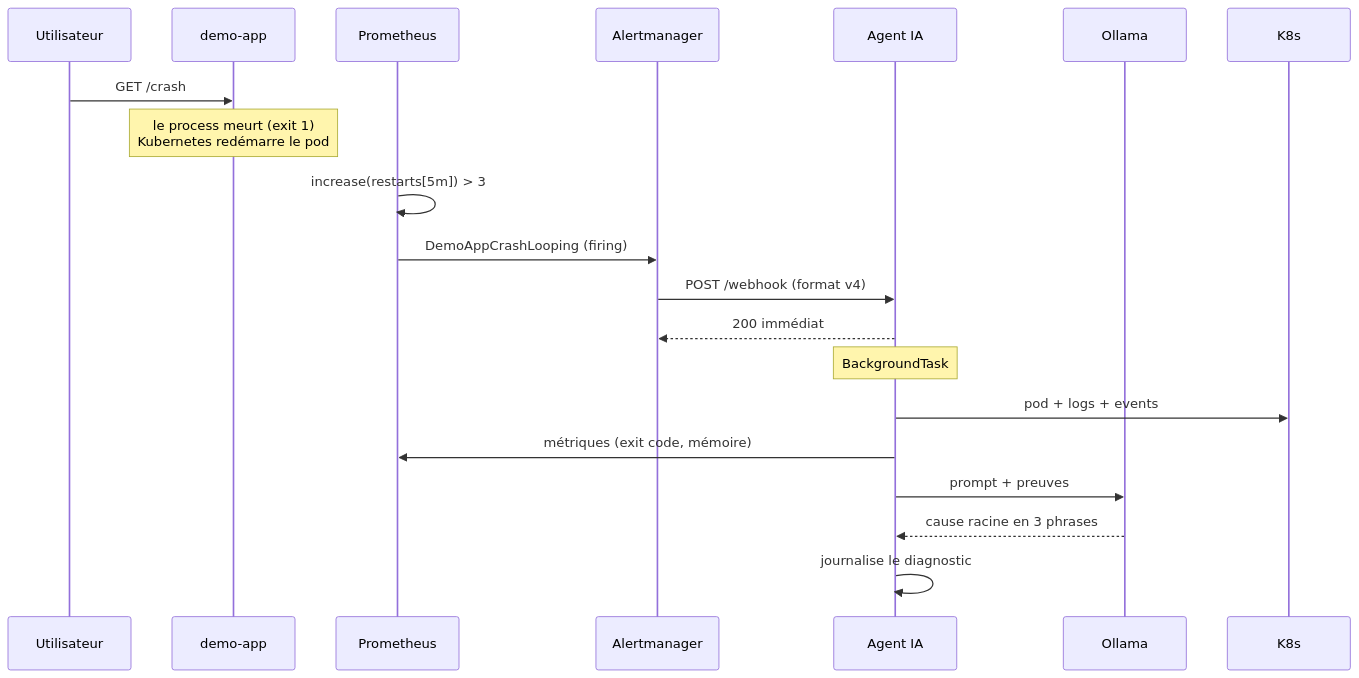
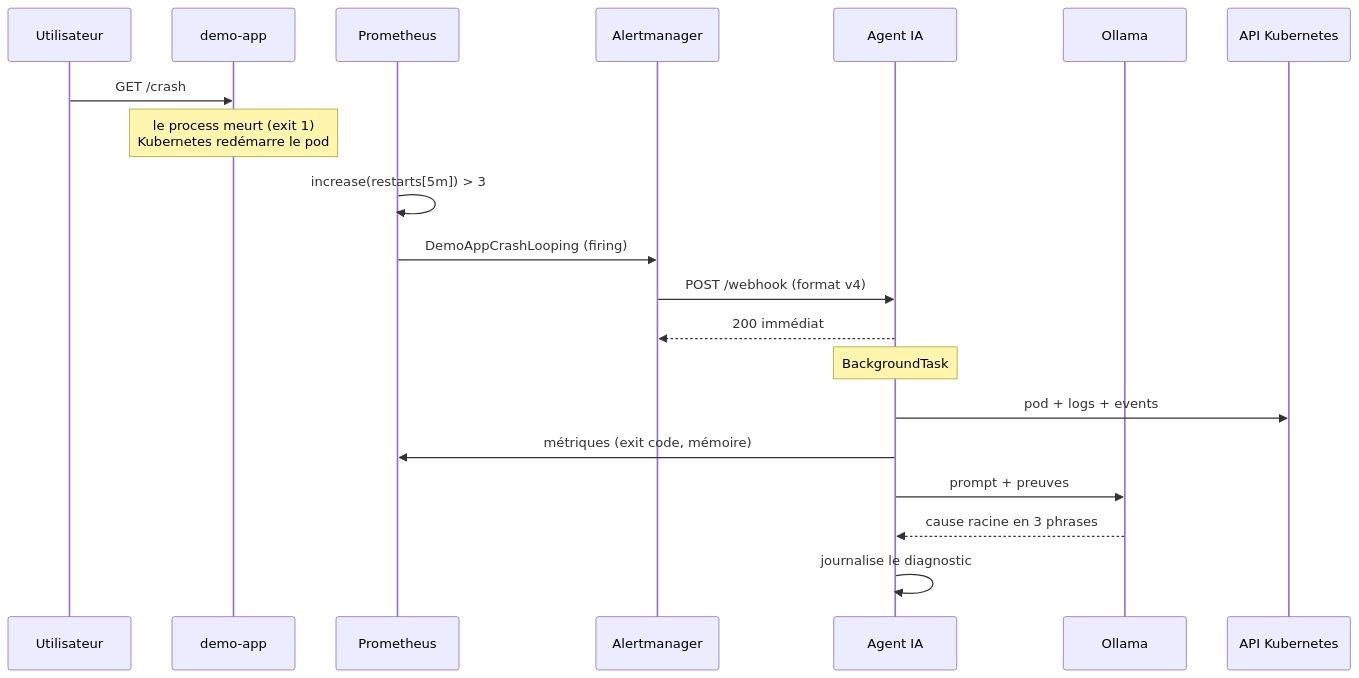
Before and after one commit to Abi0066/k8s-aiops-agent: the second of 4 diagrams in README.md, drawn with Mermaid. The commit also changed other lines of this file and 2 other files, not shown here.

````diff
--- a/README.md
+++ b/README.md
@@ -50,22 +60,23 @@
 ```mermaid
 sequenceDiagram
     participant U as Utilisateur
     participant App as demo-app
     participant Prom as Prometheus
     participant AM as Alertmanager
     participant Ag as Agent IA
     participant Oll as Ollama
+    participant K8s as API Kubernetes
 
     U->>App: GET /crash
     Note over App: le process meurt (exit 1)<br/>Kubernetes redémarre le pod
     Prom->>Prom: increase(restarts[5m]) > 3
     Prom->>AM: DemoAppCrashLooping (firing)
     AM->>Ag: POST /webhook (format v4)
     Ag-->>AM: 200 immédiat
     Note over Ag: BackgroundTask
     Ag->>K8s: pod + logs + events
     Ag->>Prom: métriques (exit code, mémoire)
     Ag->>Oll: prompt + preuves
     Oll-->>Ag: cause racine en 3 phrases
     Ag->>Ag: journalise le diagnostic
 ```
````
